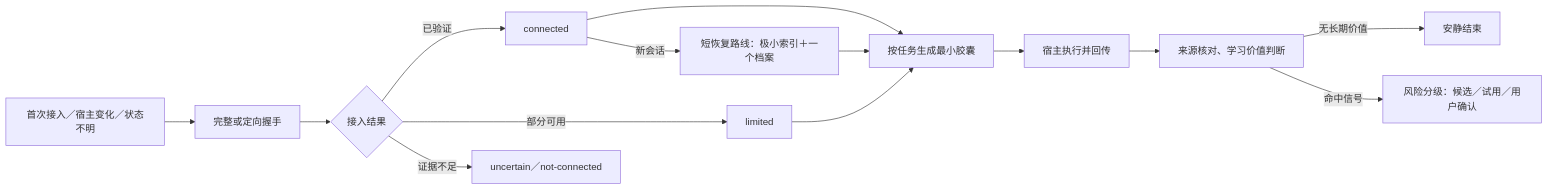
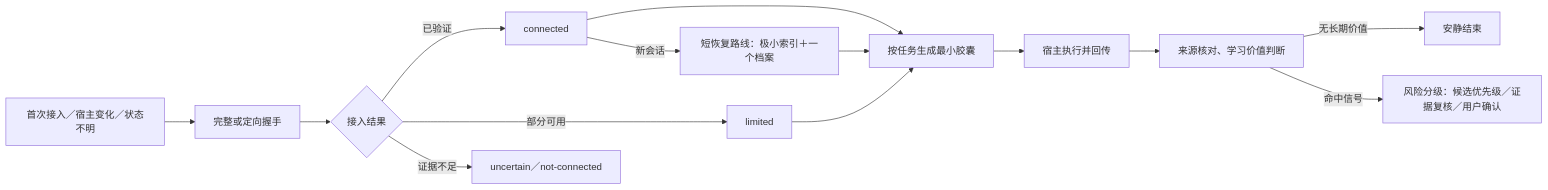
One commit to Ww-Cooooo/Agent-Carry changed the diagram in docs/host-integration.md. Above: the diagram before and after it, drawn with Mermaid. The commit also changed other lines of this file and 148 other files, not shown here.

````diff
--- a/docs/host-integration.md
+++ b/docs/host-integration.md
@@ -35,16 +37,16 @@
 ```mermaid
 flowchart LR
     A["首次接入／宿主变化／状态不明"] --> B["完整或定向握手"]
     B --> C{"接入结果"}
     C -->|"已验证"| D["connected"]
     C -->|"部分可用"| E["limited"]
     C -->|"证据不足"| F["uncertain／not-connected"]
     D --> G["按任务生成最小胶囊"]
     E --> G
     G --> H["宿主执行并回传"]
     H --> I["来源核对、学习价值判断"]
     I -->|"无长期价值"| J["安静结束"]
-    I -->|"命中信号"| K["风险分级：候选／试用／用户确认"]
+    I -->|"命中信号"| K["风险分级：候选优先级／证据复核／用户确认"]
     D -->|"新会话"| L["短恢复路线：极小索引＋一个档案"]
     L --> G
 ```
````
